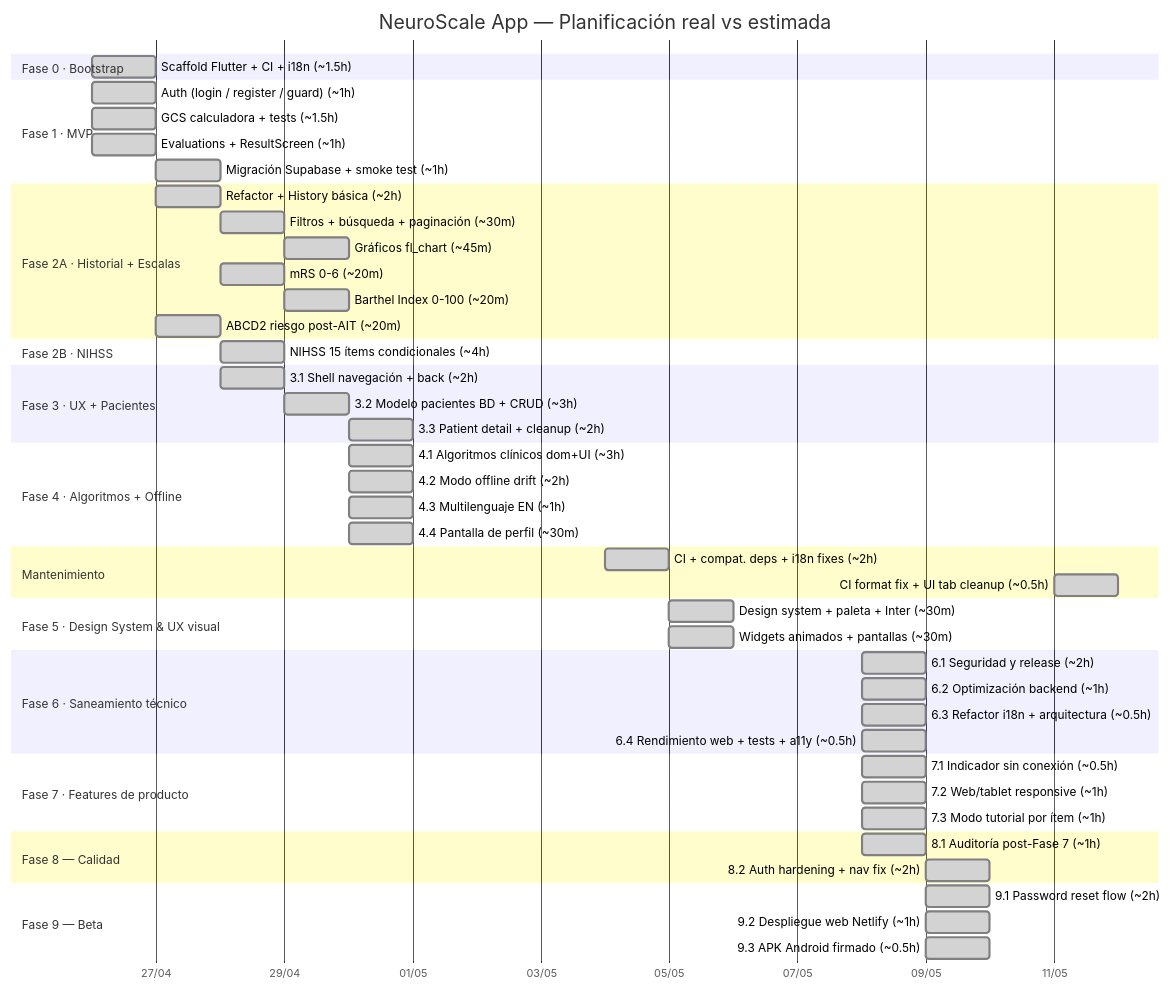
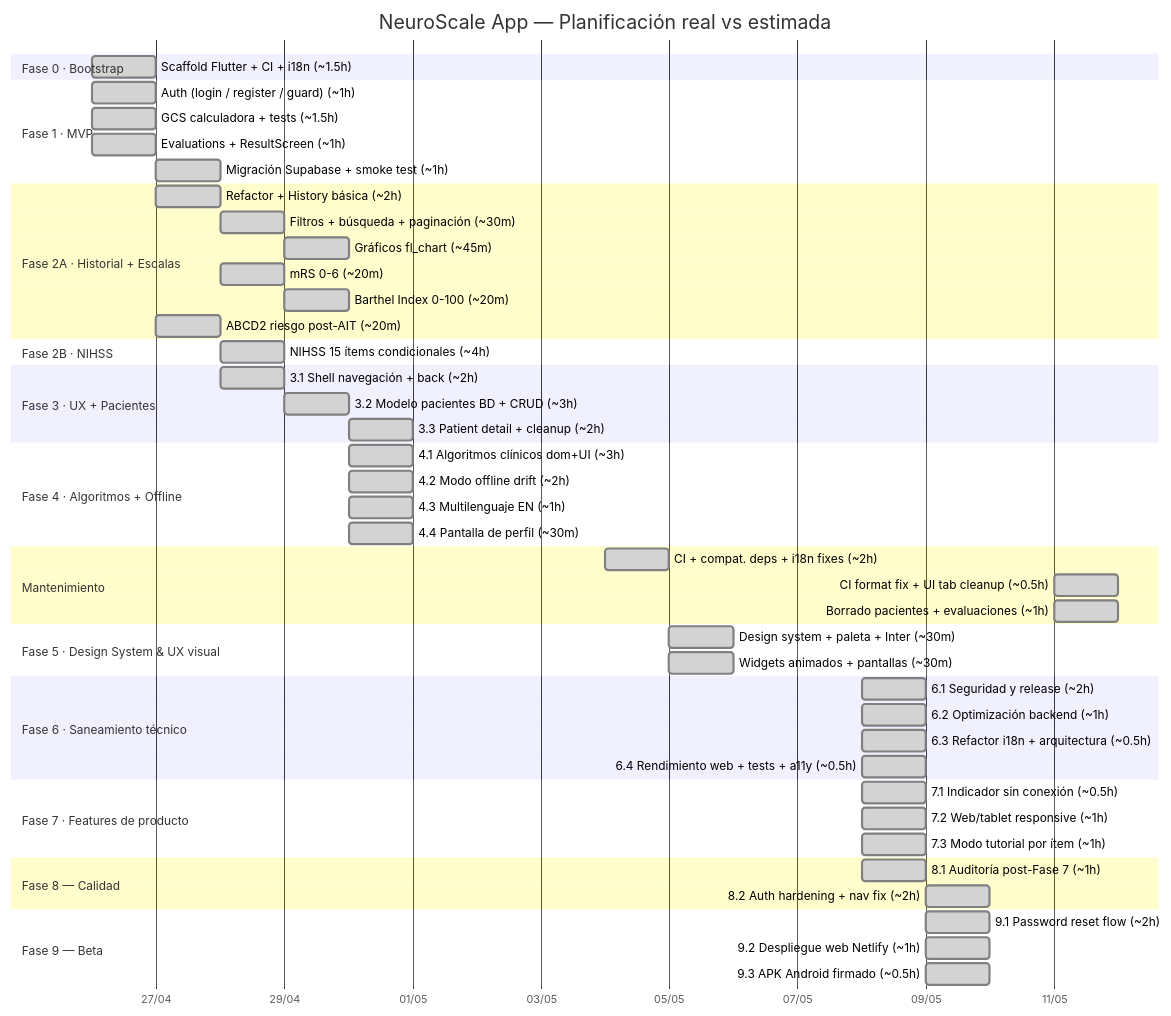
Before and after one commit to grisllo/NeuroScaleApp: the diagram in README.md, drawn with Mermaid. The commit also changed other lines of this file, not shown here.

Commit message:
docs(gantt): registrar borrado pacientes/evaluaciones 2026-05-11

````diff
--- a/README.md
+++ b/README.md
@@ -13,63 +13,64 @@
 ```mermaid
 gantt
     title NeuroScale App — Planificación real vs estimada
     dateFormat  YYYY-MM-DD
     axisFormat  %d/%m
 
     section Fase 0 · Bootstrap
     Scaffold Flutter + CI + i18n (~1.5h)      :done, f0,   2026-04-26, 1d
 
     section Fase 1 · MVP
     Auth (login / register / guard) (~1h)     :done, f1a,  2026-04-26, 1d
     GCS calculadora + tests (~1.5h)           :done, f1b,  2026-04-26, 1d
     Evaluations + ResultScreen (~1h)          :done, f1c,  2026-04-26, 1d
     Migración Supabase + smoke test (~1h)     :done, f1d,  2026-04-27, 1d
 
     section Fase 2A · Historial + Escalas
     Refactor + History básica (~2h)           :done, f2a1, 2026-04-27, 1d
     Filtros + búsqueda + paginación (~30m)    :done, f2a2, after f2a1, 1d
     Gráficos fl_chart (~45m)                  :done, f2a3, after f2a2, 1d
     mRS 0-6 (~20m)                            :done, f2a4, after f2a1, 1d
     Barthel Index 0-100 (~20m)                :done, f2a5, after f2a4, 1d
     ABCD2 riesgo post-AIT (~20m)              :done, f2a6, 2026-04-27, 1d
 
     section Fase 2B · NIHSS
     NIHSS 15 ítems condicionales (~4h)        :done, f2b,  2026-04-28, 1d
 
     section Fase 3 · UX + Pacientes
     3.1 Shell navegación + back (~2h)         :done, f3a,  2026-04-28, 1d
     3.2 Modelo pacientes BD + CRUD (~3h)      :done, f3b,  2026-04-29, 1d
     3.3 Patient detail + cleanup (~2h)        :done, f3c,  2026-04-30, 1d
 
     section Fase 4 · Algoritmos + Offline
     4.1 Algoritmos clínicos dom+UI (~3h)      :done, f4a,  2026-04-30, 1d
     4.2 Modo offline drift (~2h)              :done, f4b,  2026-04-30, 1d
     4.3 Multilenguaje EN (~1h)                :done, f4c,  2026-04-30, 1d
     4.4 Pantalla de perfil (~30m)             :done, f4d,  2026-04-30, 1d
 
     section Mantenimiento
     CI + compat. deps + i18n fixes (~2h)      :done, mnt,  2026-05-04, 1d
     CI format fix + UI tab cleanup (~0.5h)    :done, mnt2, 2026-05-11, 1d
+    Borrado pacientes + evaluaciones (~1h)    :done, mnt3, 2026-05-11, 1d
 
     section Fase 5 · Design System & UX visual
     Design system + paleta + Inter (~30m)     :done, f5a,  2026-05-05, 1d
     Widgets animados + pantallas (~30m)       :done, f5b,  2026-05-05, 1d
 
     section Fase 6 · Saneamiento técnico
     6.1 Seguridad y release (~2h)             :done, f6a,  2026-05-08, 1d
     6.2 Optimización backend (~1h)            :done, f6b,  2026-05-08, 1d
     6.3 Refactor i18n + arquitectura (~0.5h)  :done, f6c,  2026-05-08, 1d
     6.4 Rendimiento web + tests + a11y (~0.5h):done, f6d,  2026-05-08, 1d
 
     section Fase 7 · Features de producto
     7.1 Indicador sin conexión (~0.5h)        :done, f7a,  2026-05-08, 1d
     7.2 Web/tablet responsive (~1h)           :done, f7b,  2026-05-08, 1d
     7.3 Modo tutorial por ítem (~1h)          :done, f7c,  2026-05-08, 1d
     section Fase 8 — Calidad
     8.1 Auditoría post-Fase 7 (~1h)           :done, f8a,  2026-05-08, 1d
     8.2 Auth hardening + nav fix (~2h)        :done, f8b,  2026-05-09, 1d
     section Fase 9 — Beta
     9.1 Password reset flow (~2h)             :done, f9a,  2026-05-09, 1d
     9.2 Despliegue web Netlify (~1h)          :done, f9b,  2026-05-09, 1d
     9.3 APK Android firmado (~0.5h)           :done, f9c,  2026-05-09, 1d
 ```
````
